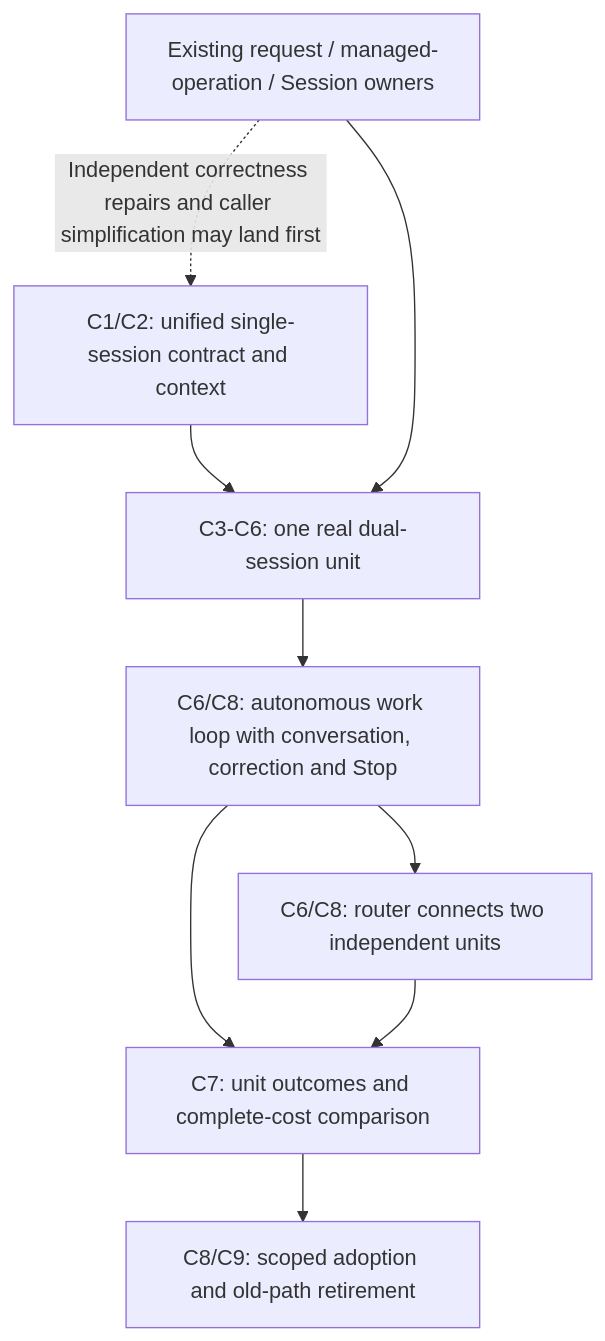
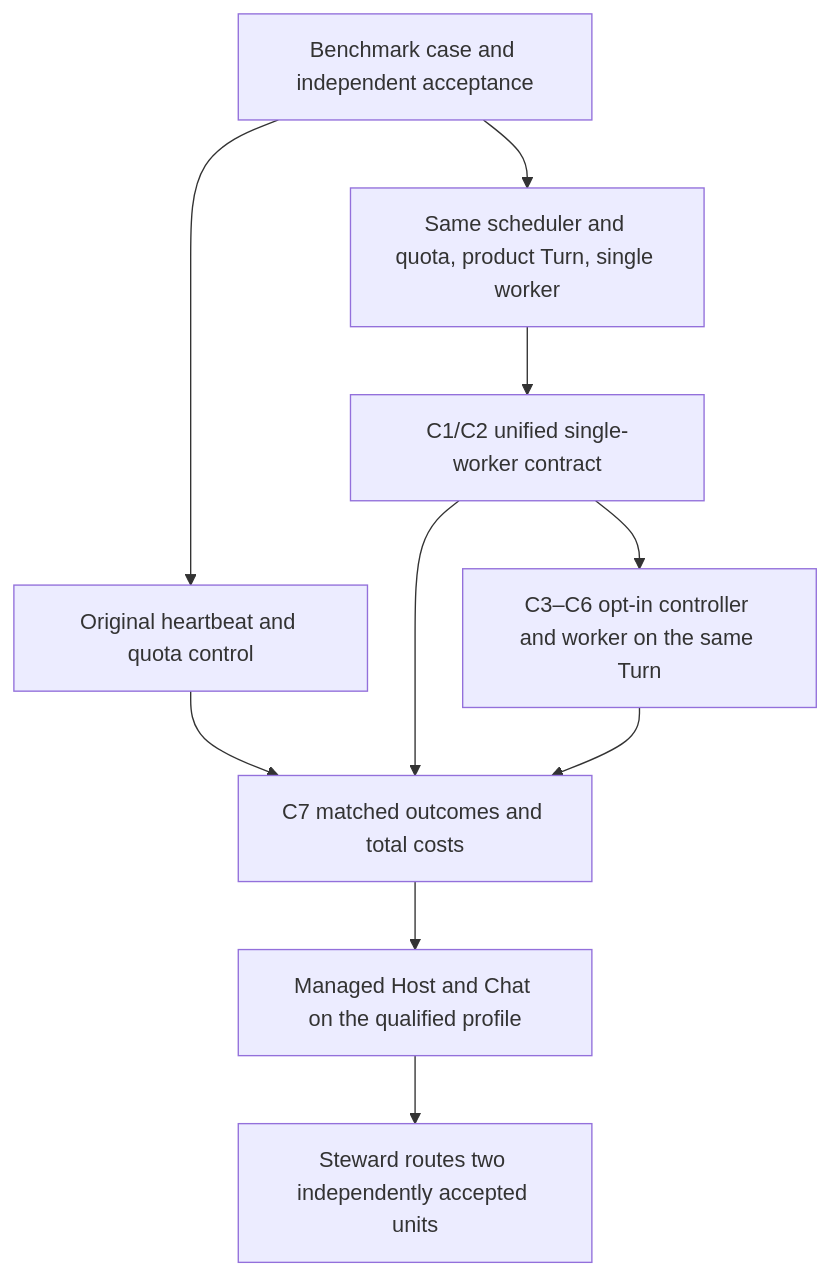
One commit to loopx-project/loopx changed the ninth of 9 diagrams in docs/architecture/rfcs/controller-executor-unified-contract-v0.md. Above: the diagram before and after it, drawn with Mermaid. The commit also changed other lines of this file and 18 other files, not shown here.

````diff
--- a/docs/architecture/rfcs/controller-executor-unified-contract-v0.md
+++ b/docs/architecture/rfcs/controller-executor-unified-contract-v0.md
@@ -982,11 +984,12 @@
 ```mermaid
 flowchart TB
-  C1[C1/C2: unified single-session contract and context] --> U[C3-C6: one real dual-session unit]
-  F[Existing request / managed-operation / Session owners] --> U
-  U --> I[C6/C8: autonomous work loop with conversation, correction and Stop]
-  I --> R[C6/C8: router connects two independent units]
-  I --> E[C7: unit outcomes and complete-cost comparison]
-  R --> E
-  E --> Q[C8/C9: scoped adoption and old-path retirement]
-  F -.Independent correctness repairs and caller simplification may land first.-> C1
+  B[Benchmark case and independent acceptance] --> H[Original heartbeat and quota control]
+  B --> T[Same scheduler and quota, product Turn, single worker]
+  T --> U[C1/C2 unified single-worker contract]
+  U --> D[C3–C6 opt-in controller and worker on the same Turn]
+  H --> E[C7 matched outcomes and total costs]
+  U --> E
+  D --> E
+  E --> P[Managed Host and Chat on the qualified profile]
+  P --> R[Steward routes two independently accepted units]
 ```
````
